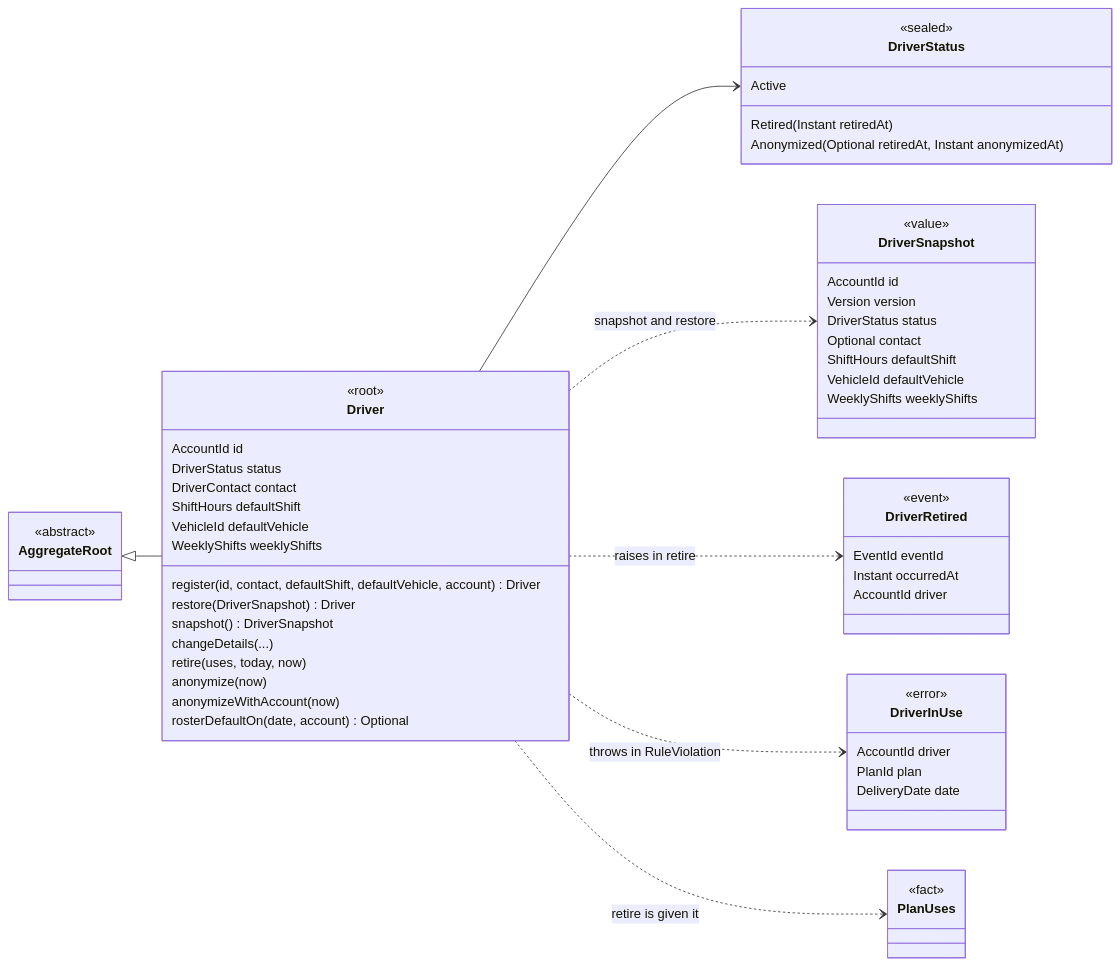
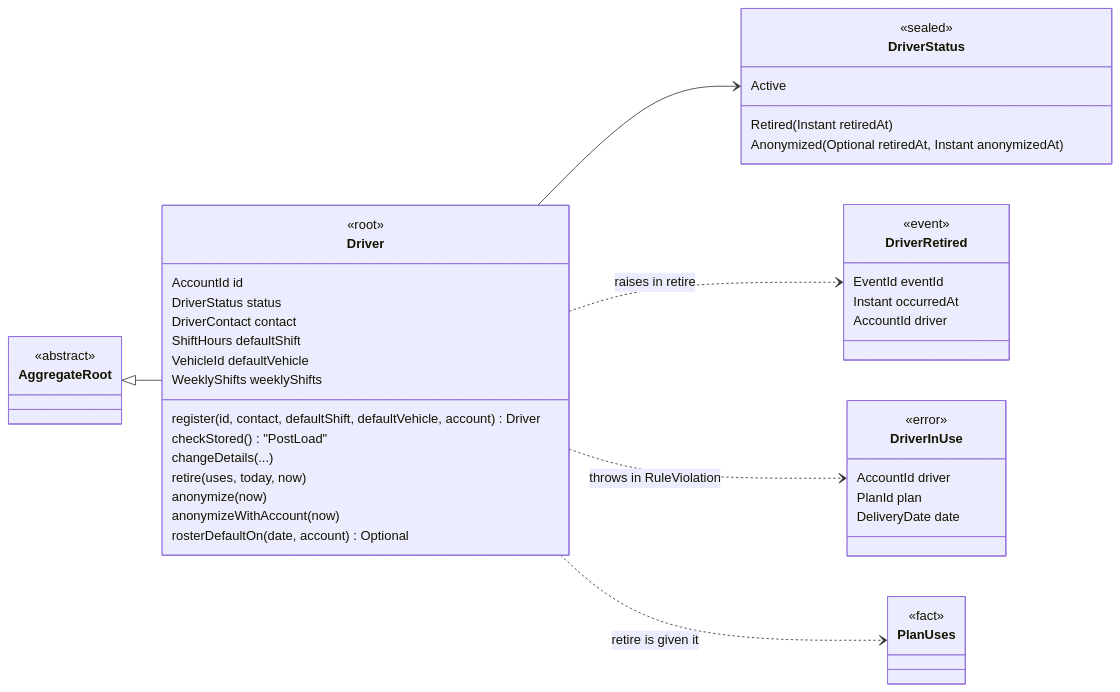
The fourth of 29 diagrams in docs/architecture/domain_layer/domain_layer_visual_guide.md (NaimElijah/DispatchFlow), drawn with Mermaid before and after one commit. The commit also changed other lines of this file and 8 other files, not shown here.

First line of the commit message:
docs: describe the mapped schemas and the persistence adapters

````diff
--- a/docs/architecture/domain_layer/domain_layer_visual_guide.md
+++ b/docs/architecture/domain_layer/domain_layer_visual_guide.md
@@ -389,61 +392,49 @@
 ```mermaid
 classDiagram
   direction LR
   class AggregateRoot {
     <<abstract>>
   }
   class Driver {
     <<root>>
     AccountId id
     DriverStatus status
     DriverContact contact
     ShiftHours defaultShift
     VehicleId defaultVehicle
     WeeklyShifts weeklyShifts
     register(id, contact, defaultShift, defaultVehicle, account) Driver
-    restore(DriverSnapshot) Driver
-    snapshot() DriverSnapshot
+    checkStored() "PostLoad"
     changeDetails(...)
     retire(uses, today, now)
     anonymize(now)
     anonymizeWithAccount(now)
     rosterDefaultOn(date, account) Optional
   }
   class DriverStatus {
     <<sealed>>
     Active
     Retired(Instant retiredAt)
     Anonymized(Optional retiredAt, Instant anonymizedAt)
-  }
-  class DriverSnapshot {
-    <<value>>
-    AccountId id
-    Version version
-    DriverStatus status
-    Optional contact
-    ShiftHours defaultShift
-    VehicleId defaultVehicle
-    WeeklyShifts weeklyShifts
   }
   class DriverRetired {
     <<event>>
     EventId eventId
     Instant occurredAt
     AccountId driver
   }
   class DriverInUse {
     <<error>>
     AccountId driver
     PlanId plan
     DeliveryDate date
   }
   class PlanUses {
     <<fact>>
   }
   AggregateRoot <|-- Driver
   Driver --> DriverStatus
-  Driver ..> DriverSnapshot : snapshot and restore
   Driver ..> DriverRetired : raises in retire
   Driver ..> DriverInUse : throws in RuleViolation
   Driver ..> PlanUses : retire is given it
 ```
````
